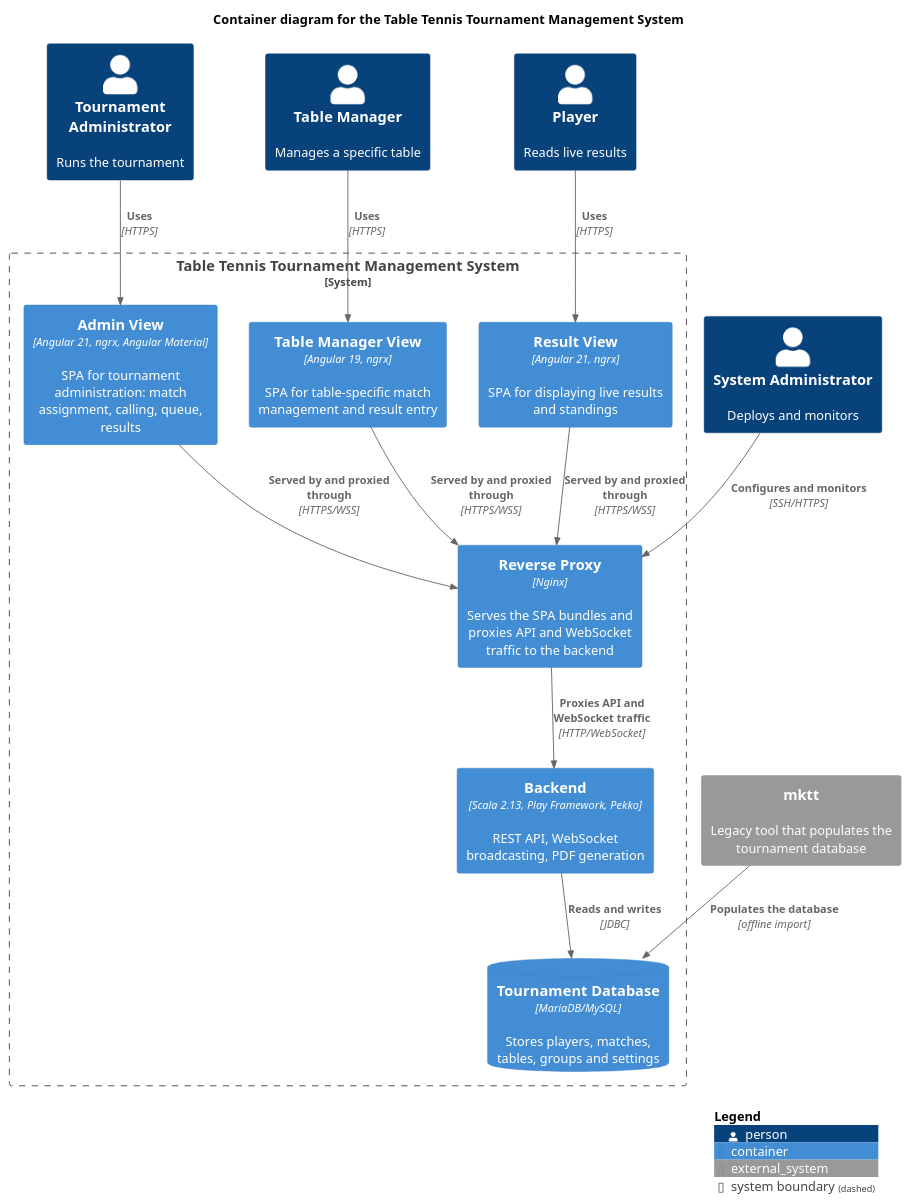
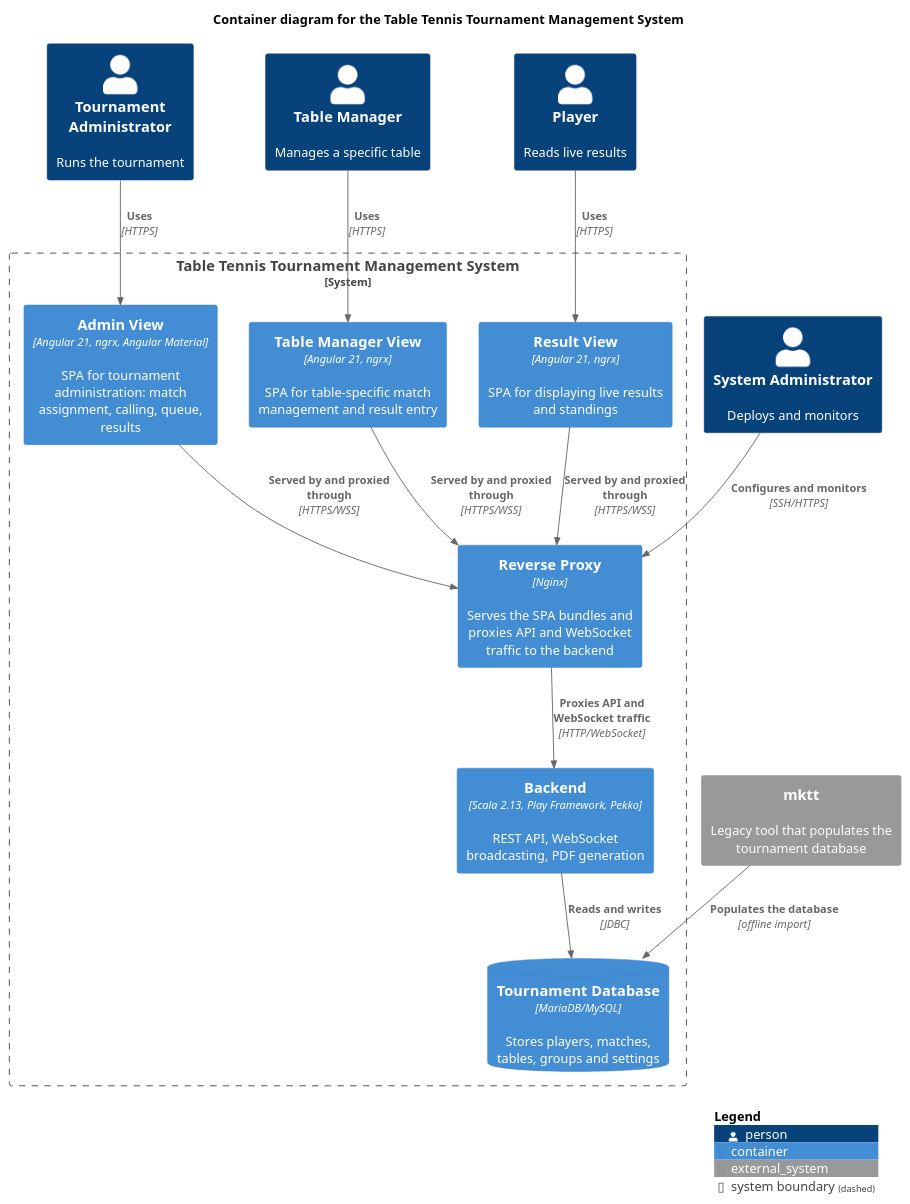
One commit to table-tennis-tournament/management-clients changed the diagram in docs/arc42/diagrams/container.puml. Above: the diagram before and after it, drawn with PlantUML. The commit also changed 11 other files, not shown here.

```diff
--- a/docs/arc42/diagrams/container.puml
+++ b/docs/arc42/diagrams/container.puml
@@ -1,39 +1,39 @@
 @startuml
 !include C4/C4_Container.puml
 
 LAYOUT_WITH_LEGEND()
 
 title Container diagram for the Table Tennis Tournament Management System
 
 Person(admin, "Tournament Administrator", "Runs the tournament")
 Person(tableManager, "Table Manager", "Manages a specific table")
 Person(player, "Player", "Reads live results")
 Person(sysadmin, "System Administrator", "Deploys and monitors")
 
 System_Boundary(tournamentSystem, "Table Tennis Tournament Management System") {
     Container(adminView, "Admin View", "Angular 21, ngrx, Angular Material", "SPA for tournament administration: match assignment, calling, queue, results")
     Container(resultView, "Result View", "Angular 21, ngrx", "SPA for displaying live results and standings")
-    Container(tableManagerView, "Table Manager View", "Angular 19, ngrx", "SPA for table-specific match management and result entry")
+    Container(tableManagerView, "Table Manager View", "Angular 21, ngrx", "SPA for table-specific match management and result entry")
     Container(nginx, "Reverse Proxy", "Nginx", "Serves the SPA bundles and proxies API and WebSocket traffic to the backend")
     Container(backend, "Backend", "Scala 2.13, Play Framework, Pekko", "REST API, WebSocket broadcasting, PDF generation")
     ContainerDb(mariadb, "Tournament Database", "MariaDB/MySQL", "Stores players, matches, tables, groups and settings")
 }
 
 System_Ext(mktt, "mktt", "Legacy tool that populates the tournament database")
 
 Rel(admin, adminView, "Uses", "HTTPS")
 Rel(tableManager, tableManagerView, "Uses", "HTTPS")
 Rel(player, resultView, "Uses", "HTTPS")
 Rel(sysadmin, nginx, "Configures and monitors", "SSH/HTTPS")
 
 Rel(adminView, nginx, "Served by and proxied through", "HTTPS/WSS")
 Rel(resultView, nginx, "Served by and proxied through", "HTTPS/WSS")
 Rel(tableManagerView, nginx, "Served by and proxied through", "HTTPS/WSS")
 
 Rel(nginx, backend, "Proxies API and WebSocket traffic", "HTTP/WebSocket")
 Rel(backend, mariadb, "Reads and writes", "JDBC")
 
 Rel(mktt, mariadb, "Populates the database", "offline import")
 
 SHOW_LEGEND()
 @enduml
```
